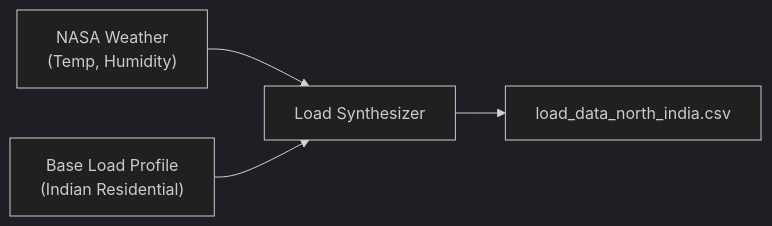
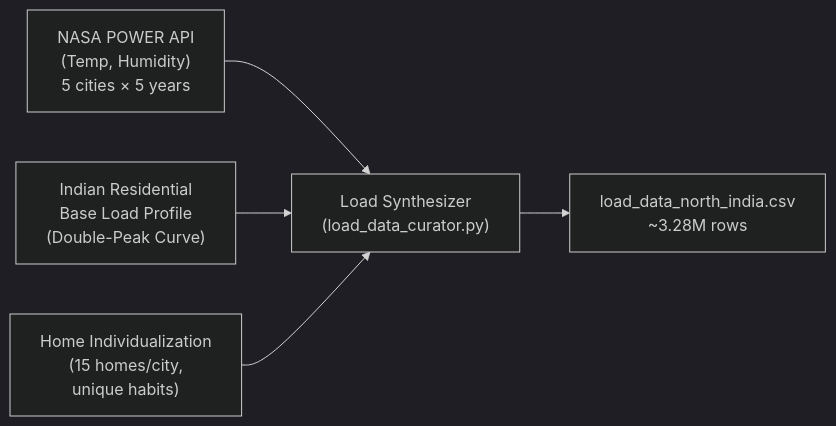
One commit to theabhinav0231/Intelligent-Microgrid changed the first of 3 diagrams in LOAD_FORECASTING_PLAN.md. Above: the diagram before and after it, drawn with Mermaid (dark theme). The commit also changed other lines of this file and 29 other files, not shown here.

````diff
--- a/LOAD_FORECASTING_PLAN.md
+++ b/LOAD_FORECASTING_PLAN.md
@@ -25,6 +25,7 @@
 ```mermaid
 graph LR
-    A["NASA Weather<br/>(Temp, Humidity)"] --> C["Load Synthesizer"]
-    B["Base Load Profile<br/>(Indian Residential)"] --> C
-    C --> D["load_data_north_india.csv"]
+    A["NASA POWER API<br/>(Temp, Humidity)<br/>5 cities × 5 years"] --> C["Load Synthesizer<br/>(load_data_curator.py)"]
+    B["Indian Residential<br/>Base Load Profile<br/>(Double-Peak Curve)"] --> C
+    D["Home Individualization<br/>(15 homes/city,<br/>unique habits)"] --> C
+    C --> E["load_data_north_india.csv<br/>~3.28M rows"]
 ```
````
